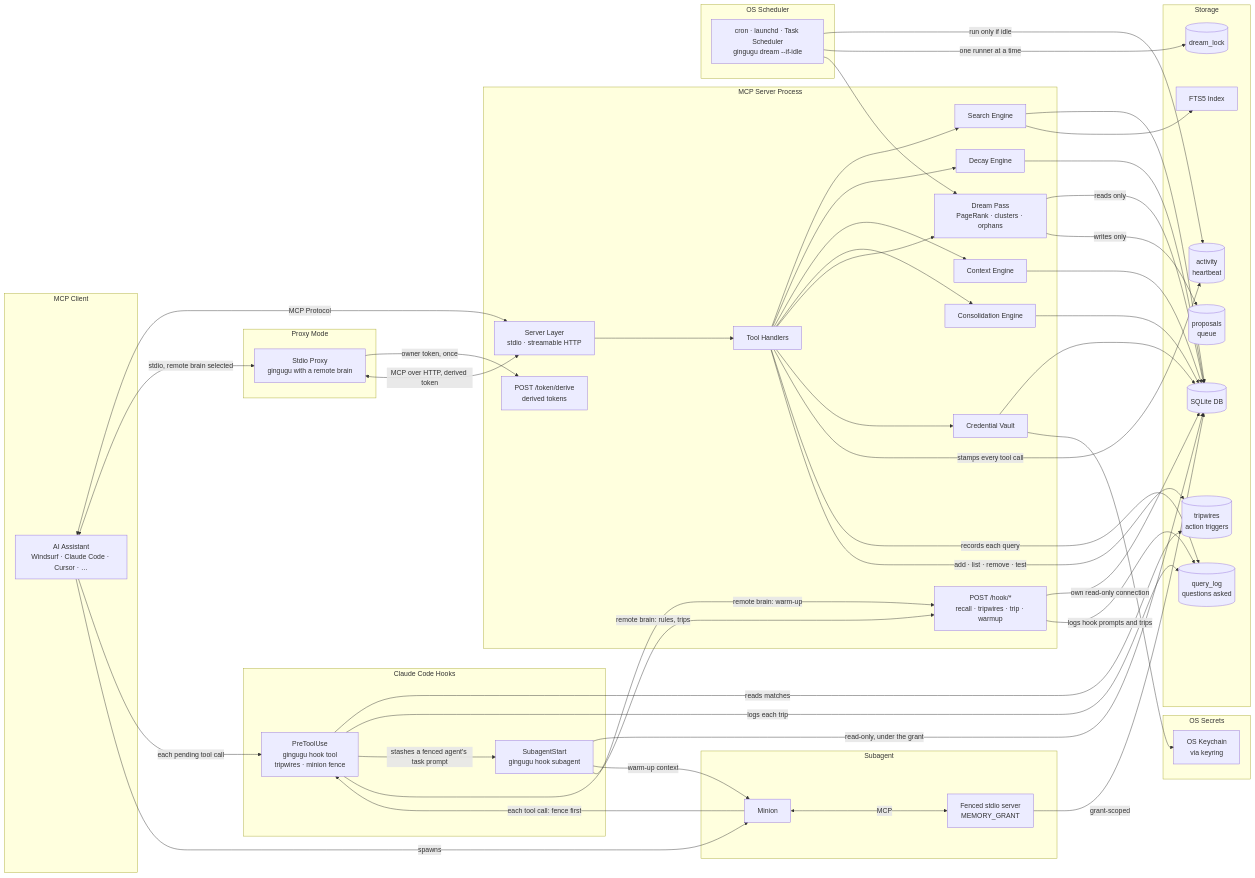
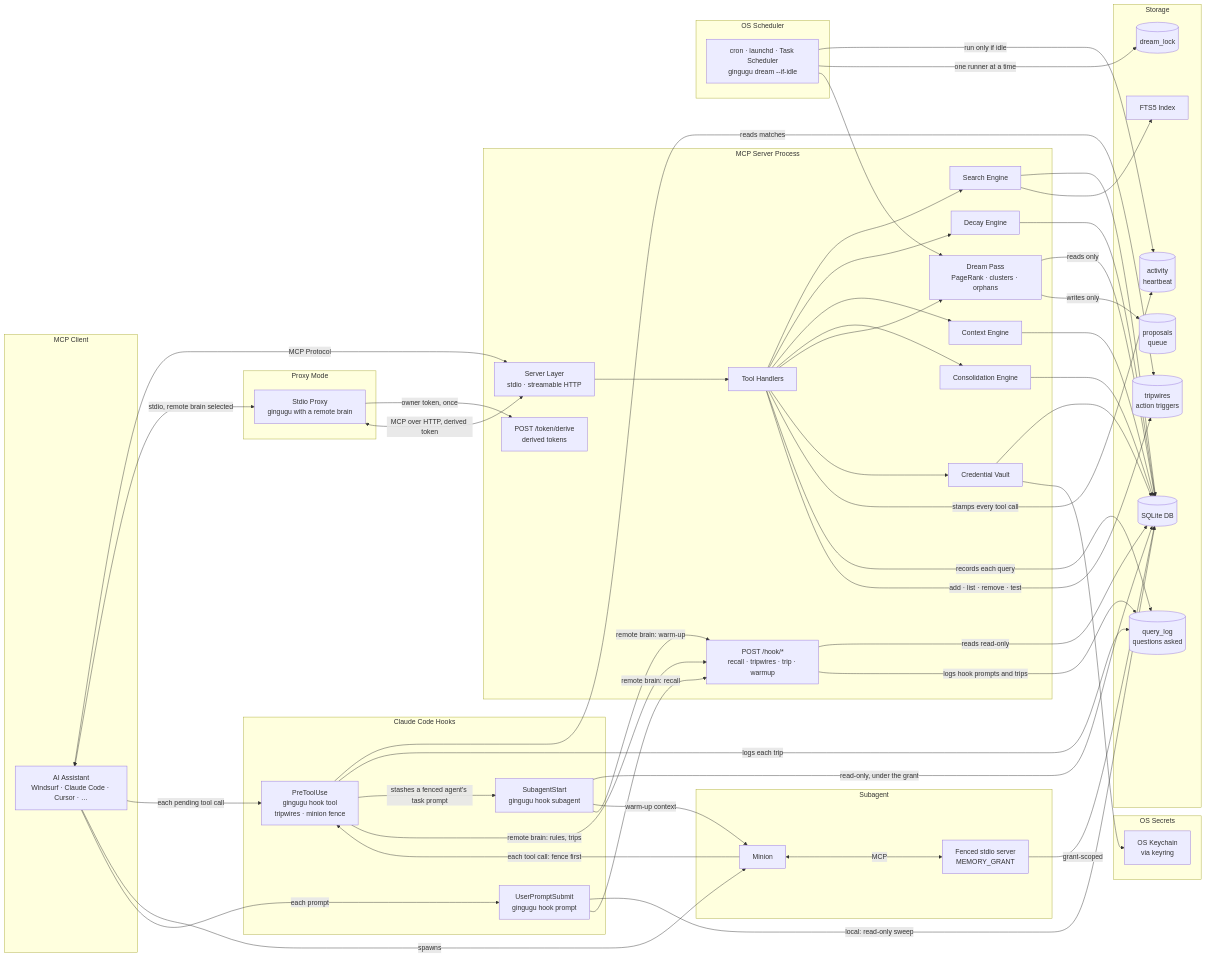
One commit to gingugu/gingugu changed the diagram in docs/architecture.md. Above: the diagram before and after it, drawn with Mermaid. The commit also changed other lines of this file and 11 other files, not shown here.

```diff
--- a/docs/architecture.md
+++ b/docs/architecture.md
@@ -53,6 +53,7 @@
     end
 
     subgraph Claude Code Hooks
+        PH[UserPromptSubmit<br/>gingugu hook prompt]
         Y[PreToolUse<br/>gingugu hook tool<br/>tripwires · minion fence]
         Z[SubagentStart<br/>gingugu hook subagent]
     end
@@ -113,9 +114,12 @@
     M <-->|MCP| N
     N -->|grant-scoped| H
     M -->|each tool call: fence first| Y
+    A -->|each prompt| PH
+    PH -->|local: read-only sweep| H
+    PH -->|remote brain: recall| U
     Y -->|remote brain: rules, trips| U
     Z -->|remote brain: warm-up| U
-    U -->|own read-only connection| H
+    U -->|reads read-only| H
     U -->|logs hook prompts and trips| T
     S -->|run only if idle| Q
     S -->|one runner at a time| R
```
